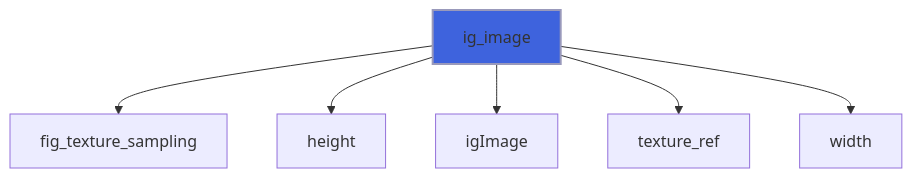
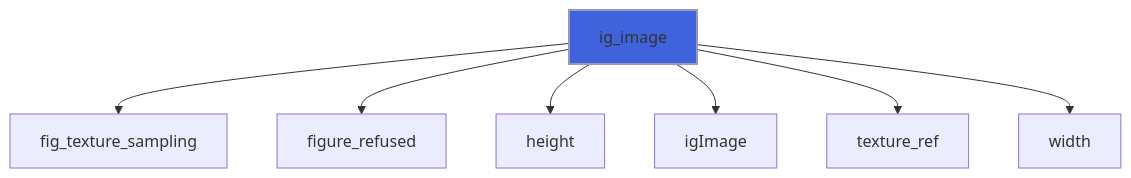
Diagram 19 of 39 in docs/api/src/lib/figure_imgui.md (szaghi/figure), drawn with Mermaid before and after one commit. The commit also changed other lines of this file and 10 other files, not shown here.

````diff
--- a/docs/api/src/lib/figure_imgui.md
+++ b/docs/api/src/lib/figure_imgui.md
@@ -544,9 +587,10 @@
 ```mermaid
 flowchart TD
   ig_image["ig_image"] --> fig_texture_sampling["fig_texture_sampling"]
+  ig_image["ig_image"] --> figure_refused["figure_refused"]
   ig_image["ig_image"] --> height["height"]
   ig_image["ig_image"] --> igImage["igImage"]
   ig_image["ig_image"] --> texture_ref["texture_ref"]
   ig_image["ig_image"] --> width["width"]
   style ig_image fill:#3e63dd,stroke:#99b,stroke-width:2px
 ```
````
